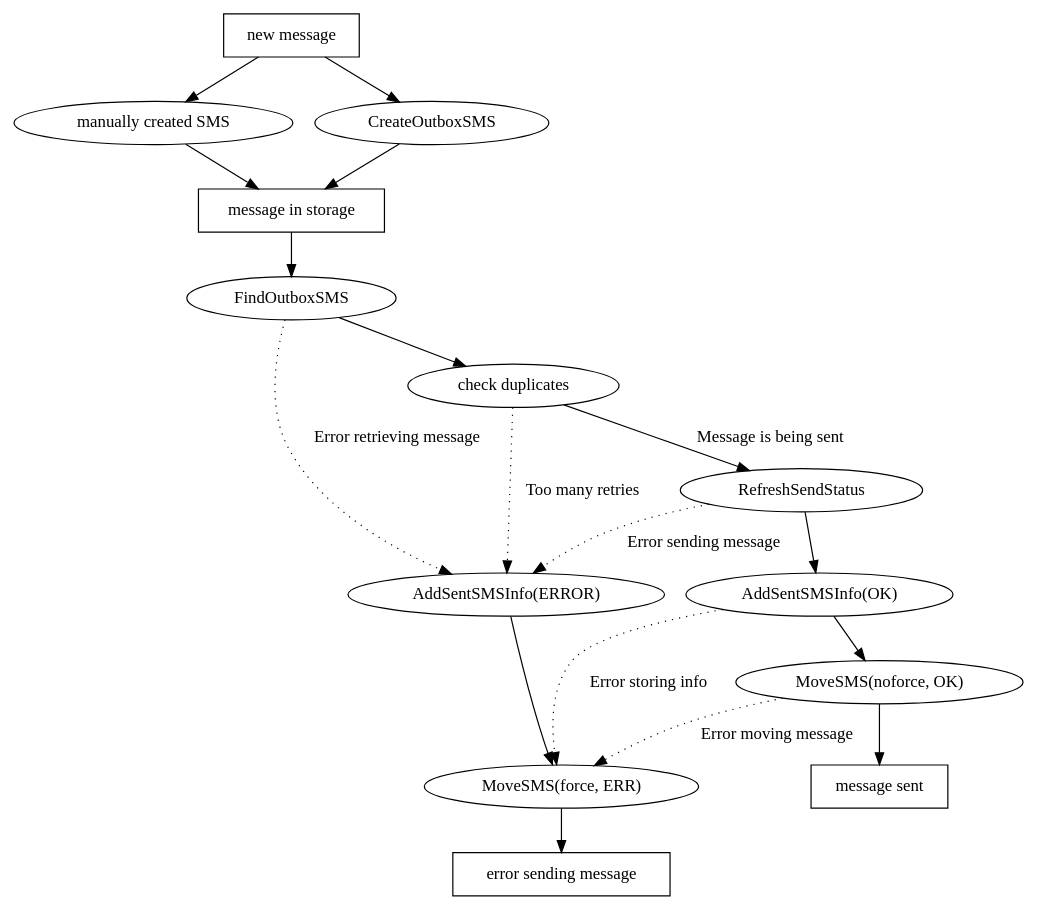
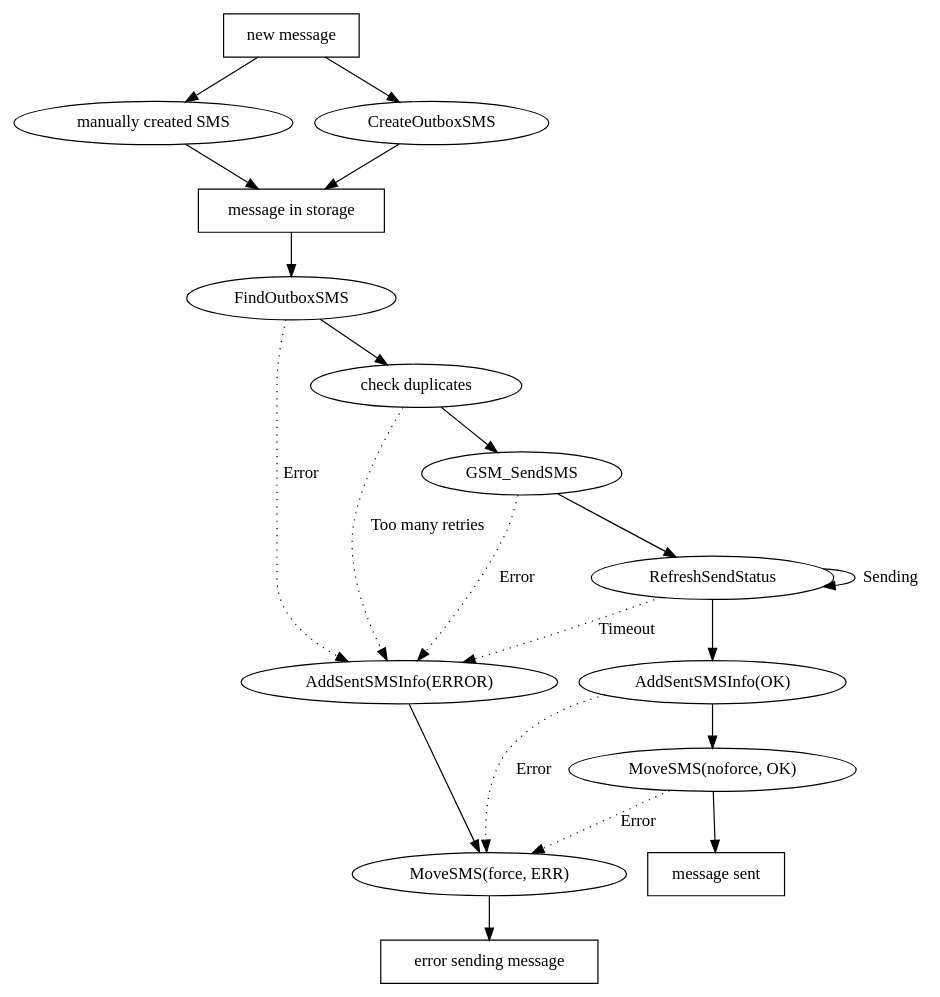
The diagram in docs/manual/smsd/code.rst (gammu/gammu), drawn with Graphviz before and after one commit.

Commit message:
Shorter labels.

```diff
--- a/docs/manual/smsd/code.rst
+++ b/docs/manual/smsd/code.rst
@@ -141,25 +141,28 @@
 .. graphviz::
 
    digraph foo {
       "new message" [shape=box];
       "message in storage" [shape=box];
       "message sent" [shape=box];
       "error sending message" [shape=box];
       "new message" -> "manually created SMS";
       "new message" -> "CreateOutboxSMS";
       "manually created SMS" -> "message in storage";
       "CreateOutboxSMS" -> "message in storage"
       "message in storage" -> "FindOutboxSMS";
-      "FindOutboxSMS" -> "AddSentSMSInfo(ERROR)" [label="Error retrieving message", style=dotted];
+      "FindOutboxSMS" -> "AddSentSMSInfo(ERROR)" [label="Error", style=dotted];
       "FindOutboxSMS" -> "check duplicates";
-      "check duplicates" -> "RefreshSendStatus" [label="Message is being sent"];
       "check duplicates" -> "AddSentSMSInfo(ERROR)" [label="Too many retries", style=dotted];
-      "RefreshSendStatus" -> "AddSentSMSInfo(ERROR)" [label="Error sending message", style=dotted];
+      "check duplicates" -> "GSM_SendSMS"; 
+      "GSM_SendSMS" -> "RefreshSendStatus";
+      "GSM_SendSMS" -> "AddSentSMSInfo(ERROR)" [label="Error", style=dotted];
+      "RefreshSendStatus" -> "RefreshSendStatus" [label="Sending"];
+      "RefreshSendStatus" -> "AddSentSMSInfo(ERROR)" [label="Timeout", style=dotted];
       "RefreshSendStatus" -> "AddSentSMSInfo(OK)";
       "AddSentSMSInfo(OK)" -> "MoveSMS(noforce, OK)";
-      "MoveSMS(noforce, OK)" -> "MoveSMS(force, ERR)" [label="Error moving message", style=dotted];
-      "AddSentSMSInfo(OK)" -> "MoveSMS(force, ERR)" [label="Error storing info", style=dotted];
+      "MoveSMS(noforce, OK)" -> "MoveSMS(force, ERR)" [label="Error", style=dotted];
+      "AddSentSMSInfo(OK)" -> "MoveSMS(force, ERR)" [label="Error", style=dotted];
       "AddSentSMSInfo(ERROR)" -> "MoveSMS(force, ERR)";
       "MoveSMS(noforce, OK)" -> "message sent";
       "MoveSMS(force, ERR)" -> "error sending message";
    }
```
